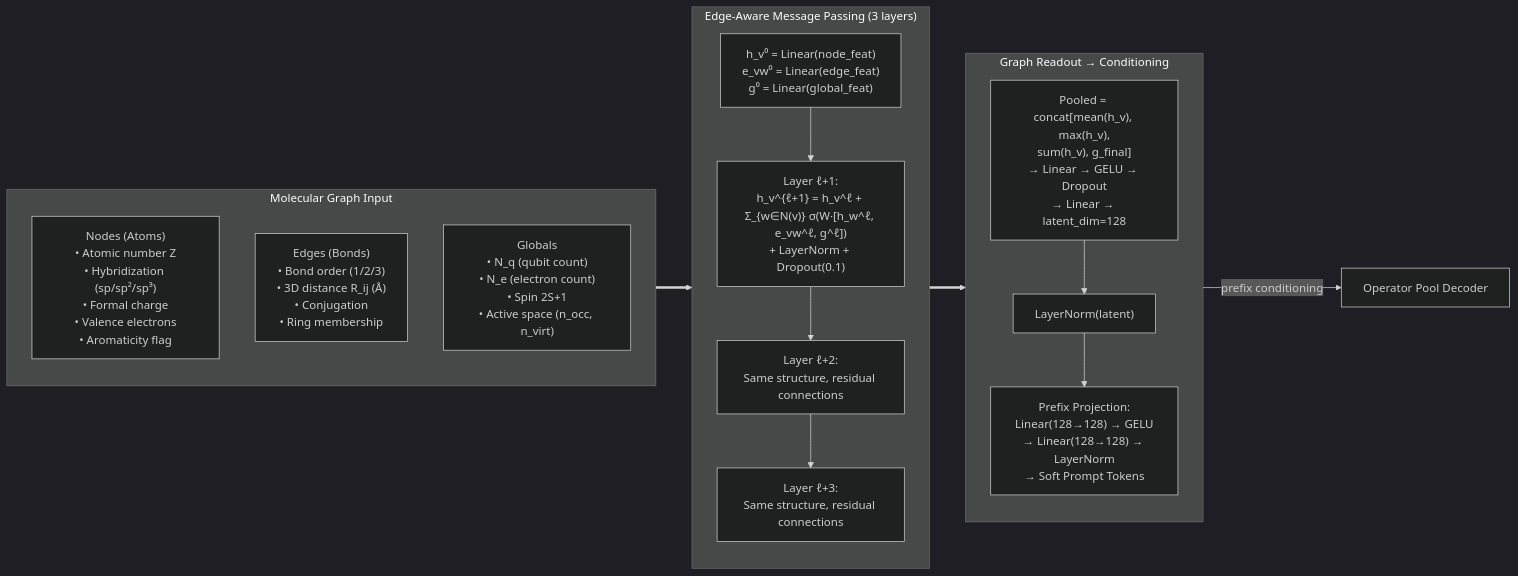
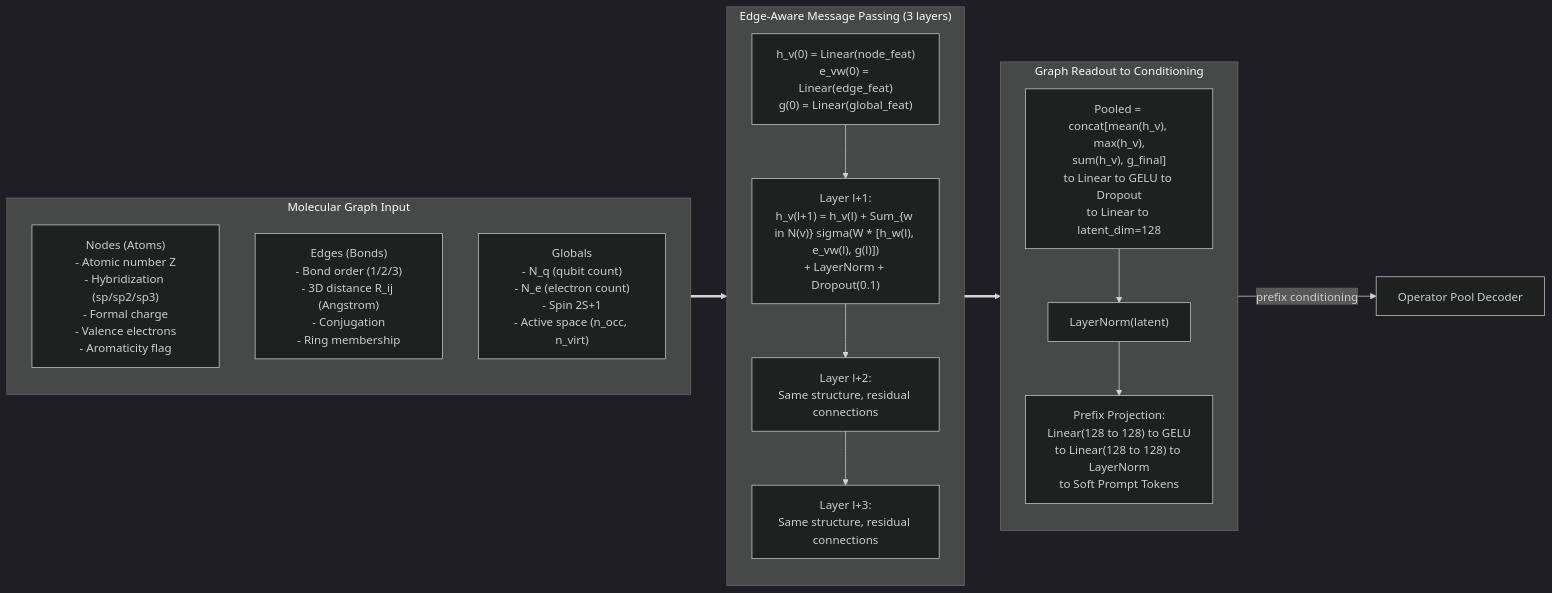
One commit to Quantum-Buddies/Conditional-GQE_materials changed the fifth of 11 diagrams in README.md. Above: the diagram before and after it, drawn with Mermaid (dark theme). The commit also changed other lines of this file, not shown here.

First line of the commit message:
fix: replace all Unicode with ASCII in Mermaid diagrams for GitHub rendering

````diff
--- a/README.md
+++ b/README.md
@@ -310,29 +310,29 @@
 ```mermaid
 flowchart LR
     subgraph Graph ["Molecular Graph Input"]
         direction TB
-        N["Nodes (Atoms)<br>• Atomic number Z<br>• Hybridization (sp/sp²/sp³)<br>• Formal charge<br>• Valence electrons<br>• Aromaticity flag"]
-        E["Edges (Bonds)<br>• Bond order (1/2/3)<br>• 3D distance R_ij (Å)<br>• Conjugation<br>• Ring membership"]
-        G["Globals<br>• N_q (qubit count)<br>• N_e (electron count)<br>• Spin 2S+1<br>• Active space (n_occ, n_virt)"]
+        N["Nodes (Atoms)<br>- Atomic number Z<br>- Hybridization (sp/sp2/sp3)<br>- Formal charge<br>- Valence electrons<br>- Aromaticity flag"]
+        E["Edges (Bonds)<br>- Bond order (1/2/3)<br>- 3D distance R_ij (Angstrom)<br>- Conjugation<br>- Ring membership"]
+        G["Globals<br>- N_q (qubit count)<br>- N_e (electron count)<br>- Spin 2S+1<br>- Active space (n_occ, n_virt)"]
     end
 
     subgraph MPNN ["Edge-Aware Message Passing (3 layers)"]
         direction TB
-        H0["h_v⁰ = Linear(node_feat)<br>e_vw⁰ = Linear(edge_feat)<br>g⁰ = Linear(global_feat)"]
-        H1["Layer ℓ+1:<br>h_v^{ℓ+1} = h_v^ℓ + Σ_{w∈N(v)} σ(W·[h_w^ℓ, e_vw^ℓ, g^ℓ])<br>+ LayerNorm + Dropout(0.1)"]
-        H2["Layer ℓ+2:<br>Same structure, residual connections"]
-        H3["Layer ℓ+3:<br>Same structure, residual connections"]
+        H0["h_v(0) = Linear(node_feat)<br>e_vw(0) = Linear(edge_feat)<br>g(0) = Linear(global_feat)"]
+        H1["Layer l+1:<br>h_v(l+1) = h_v(l) + Sum_{w in N(v)} sigma(W * [h_w(l), e_vw(l), g(l)])<br>+ LayerNorm + Dropout(0.1)"]
+        H2["Layer l+2:<br>Same structure, residual connections"]
+        H3["Layer l+3:<br>Same structure, residual connections"]
         H0 --> H1 --> H2 --> H3
     end
 
-    subgraph Readout ["Graph Readout → Conditioning"]
+    subgraph Readout ["Graph Readout to Conditioning"]
         direction TB
-        Pool["Pooled = concat[mean(h_v), max(h_v),<br>sum(h_v), g_final]<br>→ Linear → GELU → Dropout<br>→ Linear → latent_dim=128"]
+        Pool["Pooled = concat[mean(h_v), max(h_v),<br>sum(h_v), g_final]<br>to Linear to GELU to Dropout<br>to Linear to latent_dim=128"]
         Norm["LayerNorm(latent)"]
-        Proj["Prefix Projection:<br>Linear(128→128) → GELU<br>→ Linear(128→128) → LayerNorm<br>→ Soft Prompt Tokens"]
+        Proj["Prefix Projection:<br>Linear(128 to 128) to GELU<br>to Linear(128 to 128) to LayerNorm<br>to Soft Prompt Tokens"]
         Pool --> Norm --> Proj
     end
 
     Graph ==> MPNN ==> Readout
     Proj -->|"prefix conditioning"| Decoder["Operator Pool Decoder"]
 ```
````
